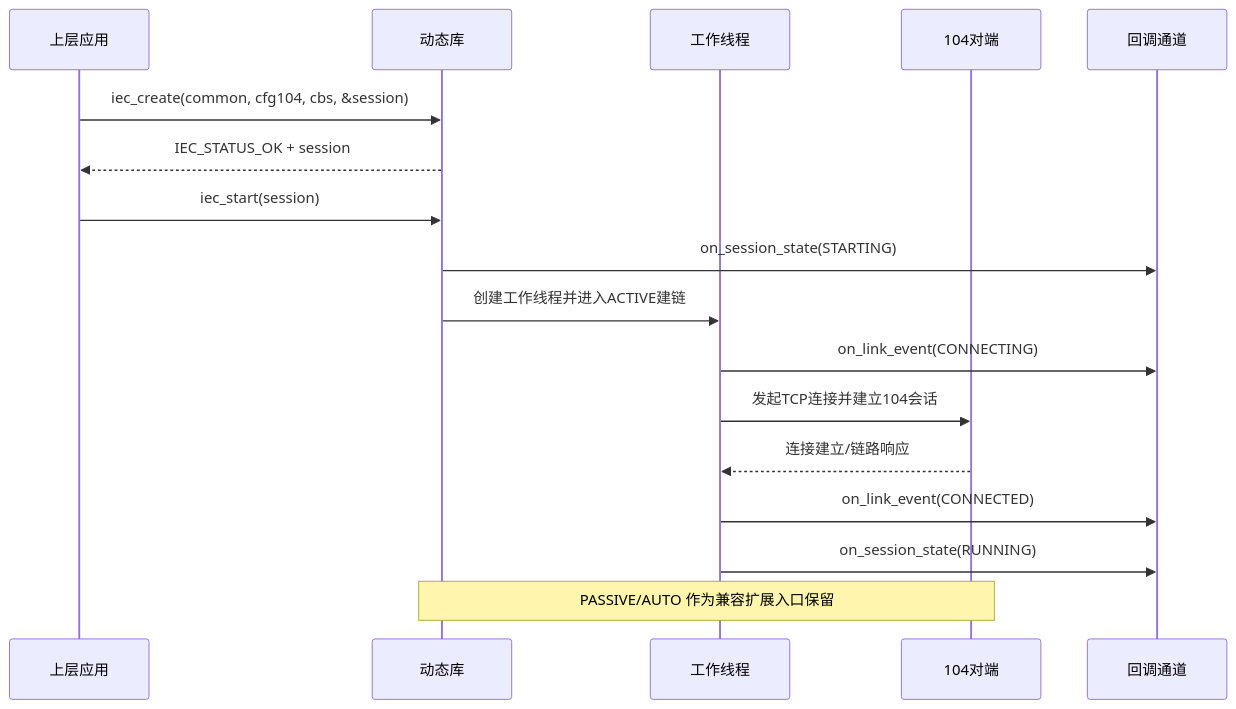
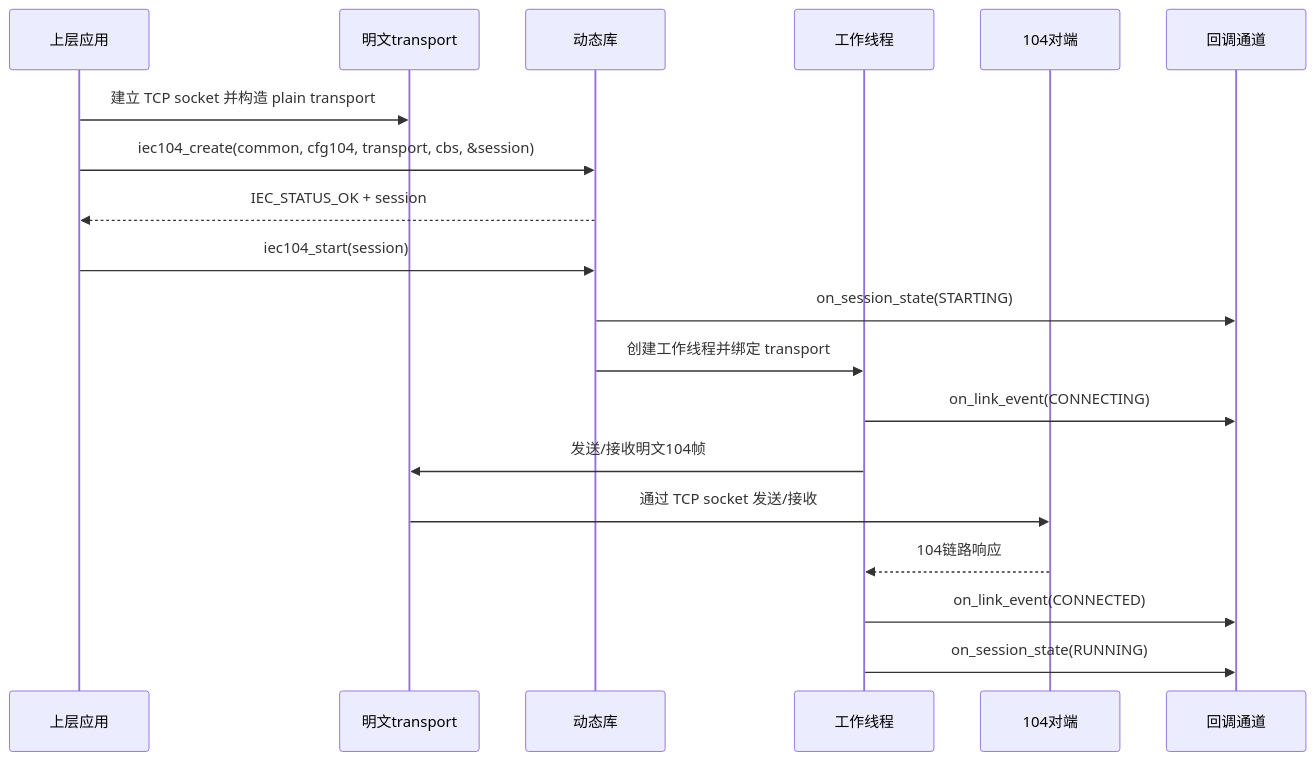
The second of 12 diagrams in doc/api/dtu_unified_maintenance_sdk_api_design.md (CcooLcyy/gw-protocol-sdk), drawn with Mermaid before and after one commit. The commit also changed other lines of this file and 2 other files, not shown here.

````diff
--- a/doc/api/dtu_unified_maintenance_sdk_api_design.md
+++ b/doc/api/dtu_unified_maintenance_sdk_api_design.md
@@ -1659,20 +1456,22 @@
 ```mermaid
 sequenceDiagram
     participant 应用 as 上层应用
+    participant 传输 as 明文transport
     participant 库 as 动态库
     participant 线程 as 工作线程
     participant 对端 as 104对端
     participant 回调 as 回调通道
 
-    应用->>库: iec_create(common, cfg104, cbs, &session)
+    应用->>传输: 建立 TCP socket 并构造 plain transport
+    应用->>库: iec104_create(common, cfg104, transport, cbs, &session)
     库-->>应用: IEC_STATUS_OK + session
-    应用->>库: iec_start(session)
+    应用->>库: iec104_start(session)
     库->>回调: on_session_state(STARTING)
-    库->>线程: 创建工作线程并进入ACTIVE建链
+    库->>线程: 创建工作线程并绑定 transport
     线程->>回调: on_link_event(CONNECTING)
-    线程->>对端: 发起TCP连接并建立104会话
-    对端-->>线程: 连接建立/链路响应
+    线程->>传输: 发送/接收明文104帧
+    传输->>对端: 通过 TCP socket 发送/接收
+    对端-->>线程: 104链路响应
     线程->>回调: on_link_event(CONNECTED)
     线程->>回调: on_session_state(RUNNING)
-    Note over 库,对端: PASSIVE/AUTO 作为兼容扩展入口保留
 ```
````
